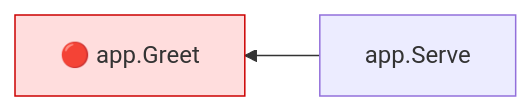
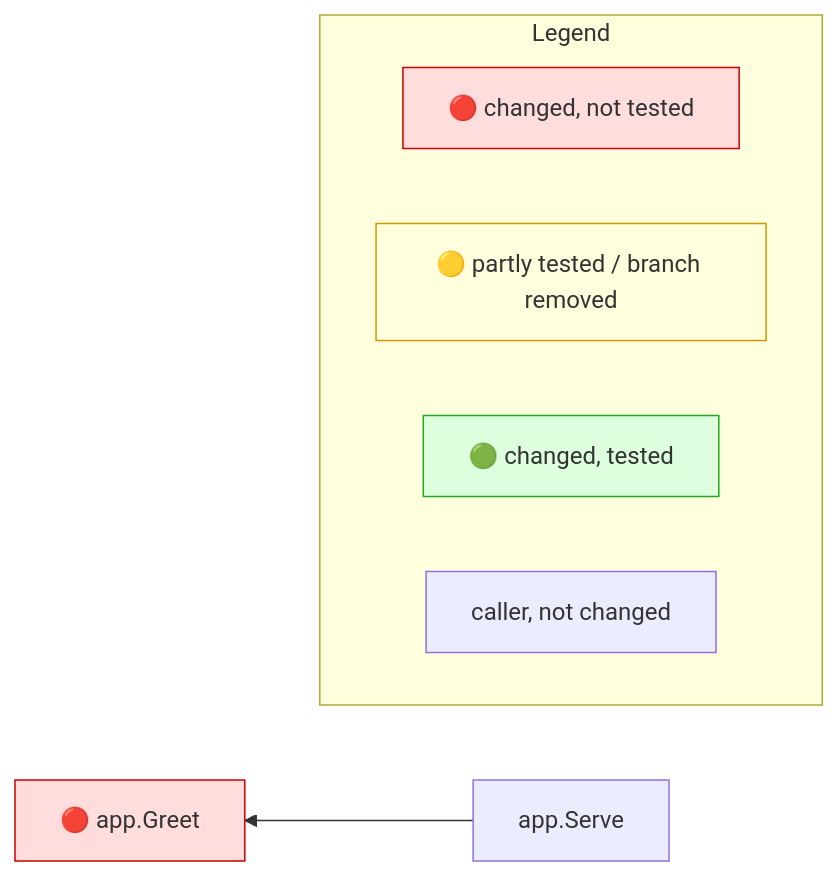
Before and after one commit to Kevinbarrero/mr-impact: the diagram in testdata/e2e/embed_missing/expected.golden.md, drawn with Mermaid. The commit also changed other lines of this file and 65 other files, not shown here.

````diff
--- a/testdata/e2e/embed_missing/expected.golden.md
+++ b/testdata/e2e/embed_missing/expected.golden.md
@@ -9,7 +11,16 @@
 ```mermaid
-graph RL
+flowchart RL
   n0["🔴 app.Greet"]:::red
   n1["app.Serve"]
   n1 --> n0
+  subgraph legend ["Legend"]
+    direction LR
+    lr["🔴 changed, not tested"]:::red
+    ly["🟡 partly tested / branch removed"]:::yellow
+    lg["🟢 changed, tested"]:::green
+    lc["caller, not changed"]
+  end
   classDef red fill:#fdd,stroke:#c00
+  classDef yellow fill:#ffd,stroke:#c90
+  classDef green fill:#dfd,stroke:#2a2
 ```
````
